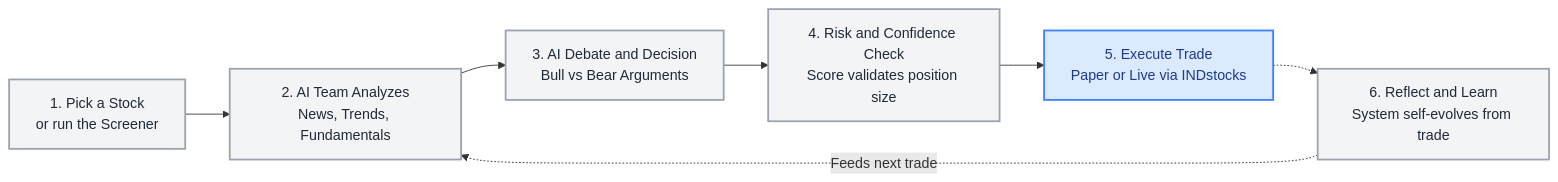
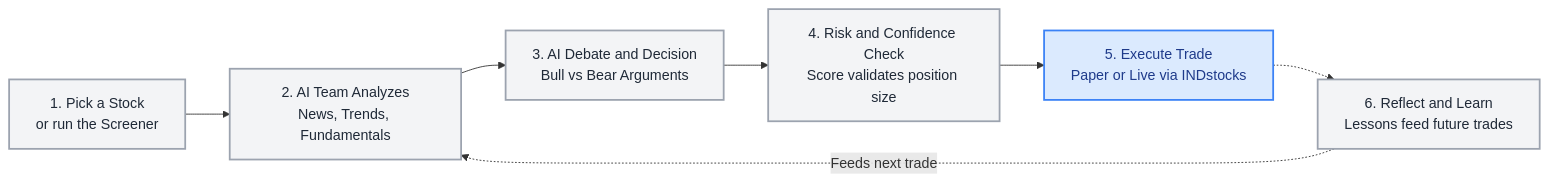
The third of 4 diagrams in README.md (samuelvinay91/skopaqtrader), drawn with Mermaid before and after one commit. The commit also changed other lines of this file and 10 other files, not shown here.

````diff
--- a/README.md
+++ b/README.md
@@ -153,15 +153,15 @@
 ```mermaid
 flowchart LR
     classDef step fill:#f3f4f6,stroke:#9ca3af,stroke-width:2px,color:#1f2937
     classDef highlight fill:#dbeafe,stroke:#3b82f6,stroke-width:2px,color:#1e3a8a
 
     S1["1. Pick a Stock<br/>or run the Screener"]:::step
     S2["2. AI Team Analyzes<br/>News, Trends, Fundamentals"]:::step
     S3["3. AI Debate and Decision<br/>Bull vs Bear Arguments"]:::step
     S4["4. Risk and Confidence Check<br/>Score validates position size"]:::step
     S5["5. Execute Trade<br/>Paper or Live via INDstocks"]:::highlight
-    S6["6. Reflect and Learn<br/>System self-evolves from trade"]:::step
+    S6["6. Reflect and Learn<br/>Lessons feed future trades"]:::step
 
     S1 --> S2 --> S3 --> S4 --> S5 -.-> S6
     S6 -. "Feeds next trade" .-> S2
 ```
````
